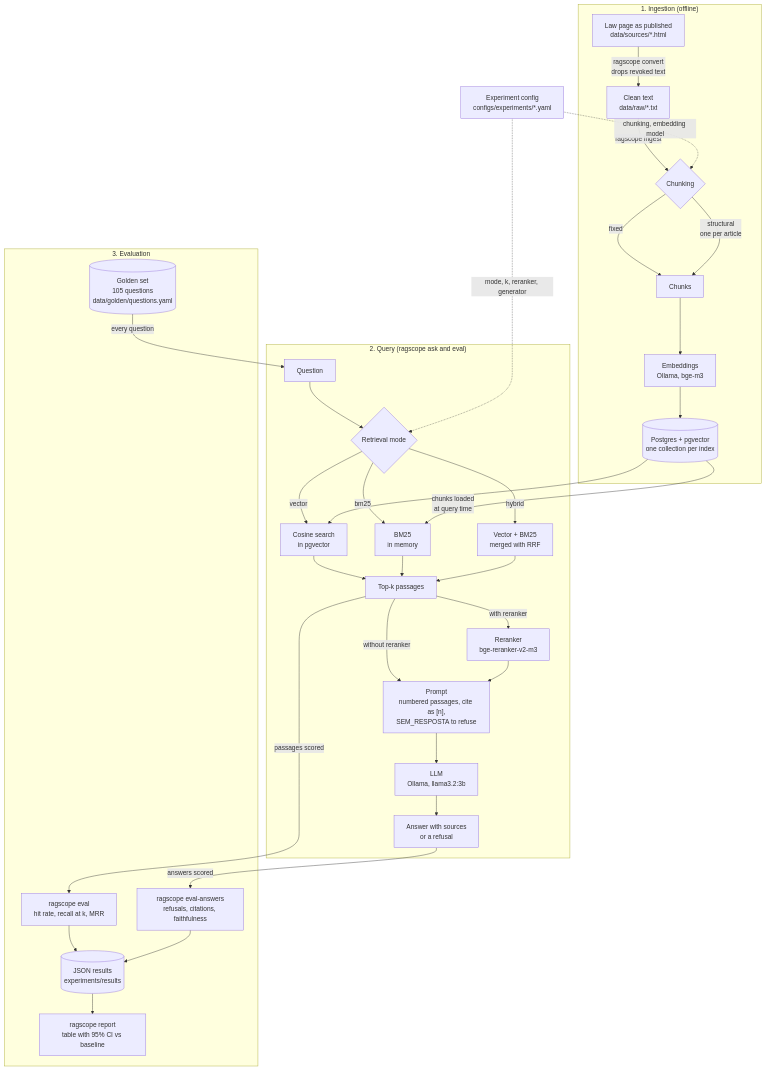
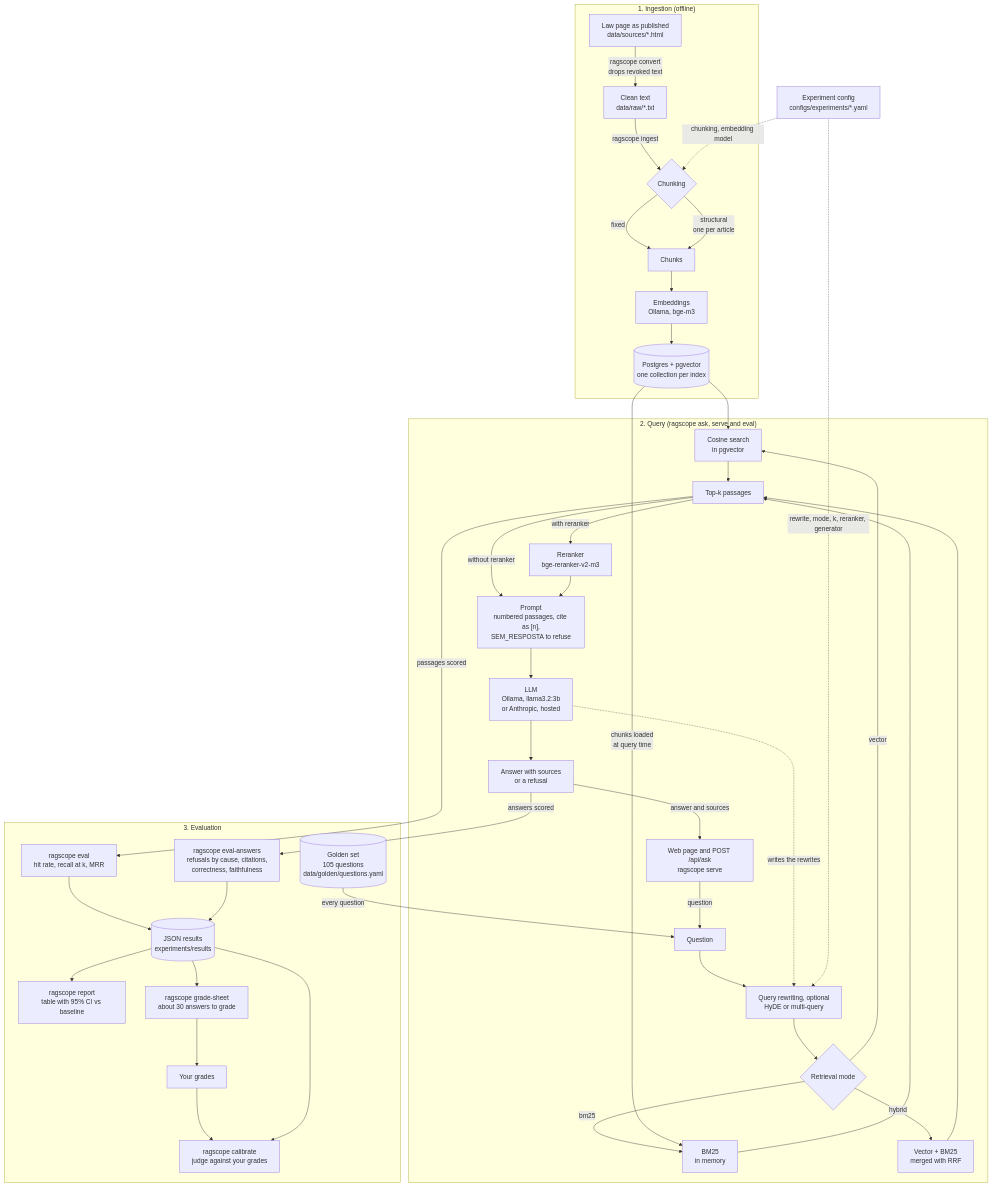
Before and after one commit to piovani/RAGscope: the diagram in docs/architecture.md, drawn with Mermaid. The commit also changed other lines of this file and 5 other files, not shown here.

````diff
--- a/docs/architecture.md
+++ b/docs/architecture.md
@@ -6,43 +6,51 @@
 ```mermaid
 flowchart TB
     CFG["Experiment config<br/>configs/experiments/*.yaml"]
 
     subgraph ING["1. Ingestion (offline)"]
         SRC["Law page as published<br/>data/sources/*.html"] -->|"ragscope convert<br/>drops revoked text"| TXT["Clean text<br/>data/raw/*.txt"]
         TXT -->|"ragscope ingest"| CH{"Chunking"}
         CH -->|"fixed"| CHK["Chunks"]
         CH -->|"structural<br/>one per article"| CHK
         CHK --> EMB["Embeddings<br/>Ollama, bge-m3"]
         EMB --> PG[("Postgres + pgvector<br/>one collection per index")]
     end
 
-    subgraph QRY["2. Query (ragscope ask and eval)"]
-        Q["Question"] --> MODE{"Retrieval mode"}
+    subgraph QRY["2. Query (ragscope ask, serve and eval)"]
+        WEB["Web page and POST /api/ask<br/>ragscope serve"] -->|"question"| Q["Question"]
+        Q --> RW["Query rewriting, optional<br/>HyDE or multi-query"]
+        RW --> MODE{"Retrieval mode"}
         MODE -->|"vector"| VEC["Cosine search<br/>in pgvector"]
         MODE -->|"bm25"| BM["BM25<br/>in memory"]
         MODE -->|"hybrid"| HYB["Vector + BM25<br/>merged with RRF"]
         VEC --> TOP["Top-k passages"]
         BM --> TOP
         HYB --> TOP
         TOP -->|"without reranker"| PROMPT
         TOP -->|"with reranker"| RR["Reranker<br/>bge-reranker-v2-m3"]
         RR --> PROMPT["Prompt<br/>numbered passages, cite as [n],<br/>SEM_RESPOSTA to refuse"]
-        PROMPT --> LLM["LLM<br/>Ollama, llama3.2:3b"]
+        PROMPT --> LLM["LLM<br/>Ollama, llama3.2:3b<br/>or Anthropic, hosted"]
+        LLM -.->|"writes the rewrites"| RW
         LLM --> ANS["Answer with sources<br/>or a refusal"]
+        ANS -->|"answer and sources"| WEB
     end
 
     subgraph EVAL["3. Evaluation"]
         GOLD[("Golden set<br/>105 questions<br/>data/golden/questions.yaml")]
         GOLD -->|"every question"| Q
         TOP -->|"passages scored"| EV["ragscope eval<br/>hit rate, recall at k, MRR"]
-        ANS -->|"answers scored"| EA["ragscope eval-answers<br/>refusals, citations, faithfulness"]
+        ANS -->|"answers scored"| EA["ragscope eval-answers<br/>refusals by cause, citations,<br/>correctness, faithfulness"]
         EV --> RES[("JSON results<br/>experiments/results")]
         EA --> RES
         RES --> REP["ragscope report<br/>table with 95% CI vs baseline"]
+        RES --> SHEET["ragscope grade-sheet<br/>about 30 answers to grade"]
+        SHEET --> HUM["Your grades"]
+        HUM --> CAL["ragscope calibrate<br/>judge against your grades"]
+        RES --> CAL
     end
 
     PG --> VEC
     PG -->|"chunks loaded<br/>at query time"| BM
     CFG -.->|"chunking, embedding model"| CH
-    CFG -.->|"mode, k, reranker, generator"| MODE
+    CFG -.->|"rewrite, mode, k, reranker, generator"| RW
 ```
````
